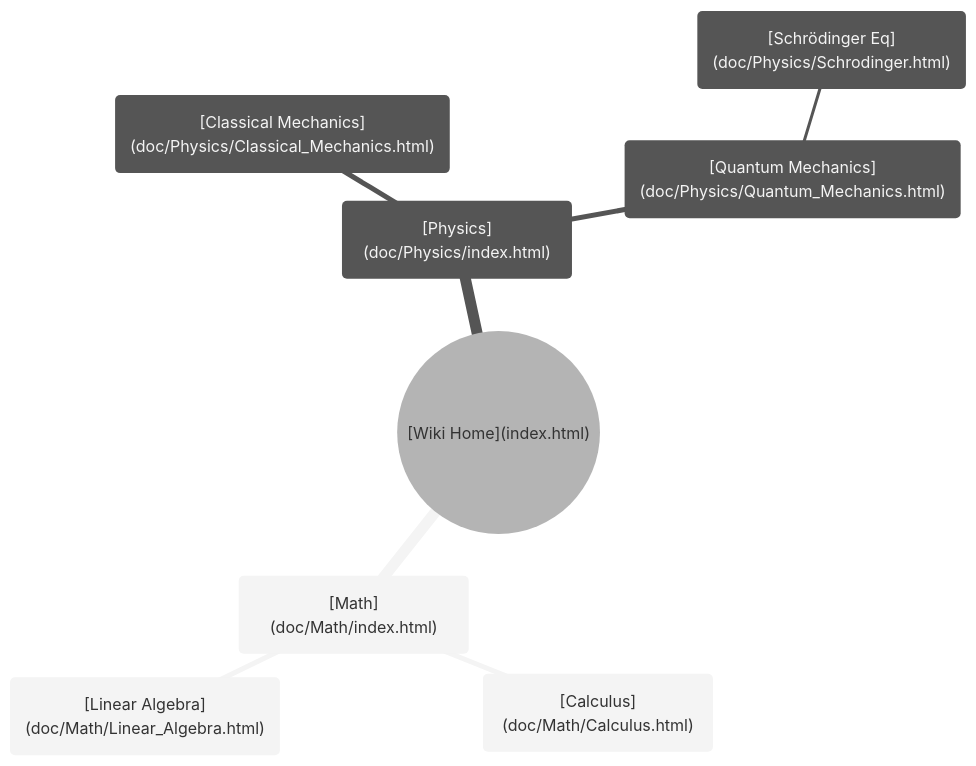
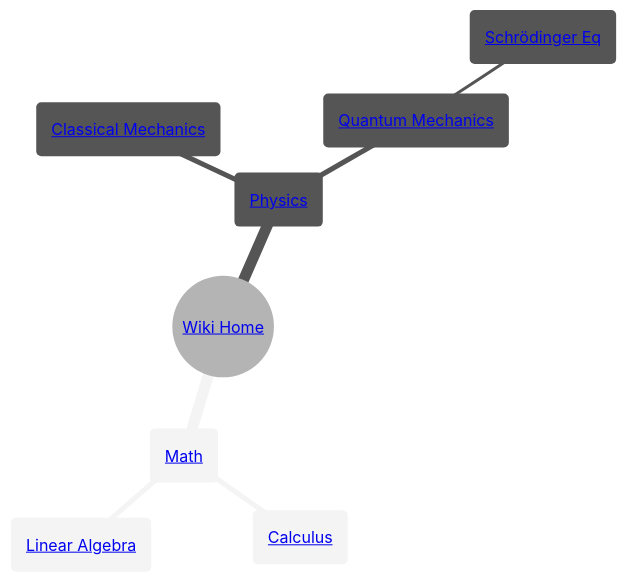
The first of 2 diagrams in doc/Physics/example3.qmd (MKReyesH/ScientificWiki), drawn with Mermaid (neutral theme) before and after one commit. The commit also changed other lines of this file, not shown here.

Commit message:
Testing mermaid compatibility

````diff
--- a/doc/Physics/example3.qmd
+++ b/doc/Physics/example3.qmd
@@ -36,12 +36,12 @@
 ```{mermaid}
 %%{init: {'securityLevel': 'loose'}}%%
 mindmap
-  root(("`[Wiki Home](index.html)`"))
-    math_node("`[Math](doc/Math/index.html)`")
-      calc("`[Calculus](doc/Math/Calculus.html)`")
-      linalg("`[Linear Algebra](doc/Math/Linear_Algebra.html)`")
-    phys_node("`[Physics](doc/Physics/index.html)`")
-      cm("`[Classical Mechanics](doc/Physics/Classical_Mechanics.html)`")
-      qm("`[Quantum Mechanics](doc/Physics/Quantum_Mechanics.html)`")
-        seq("`[Schrödinger Eq](doc/Physics/Schrodinger.html)`")
+  root(("<a href='index.html'>Wiki Home</a>"))
+    math_node("<a href='doc/Math/index.html'>Math</a>")
+      calc("<a href='doc/Math/Calculus.html'>Calculus</a>")
+      linalg("<a href='doc/Math/Linear_Algebra.html'>Linear Algebra</a>")
+    phys_node("<a href='doc/Physics/index.html'>Physics</a>")
+      cm("<a href='doc/Physics/Classical_Mechanics.html'>Classical Mechanics</a>")
+      qm("<a href='doc/Physics/Quantum_Mechanics.html'>Quantum Mechanics</a>")
+        seq("<a href='doc/Physics/Schrodinger.html'>Schrödinger Eq</a>")
 ```
````
